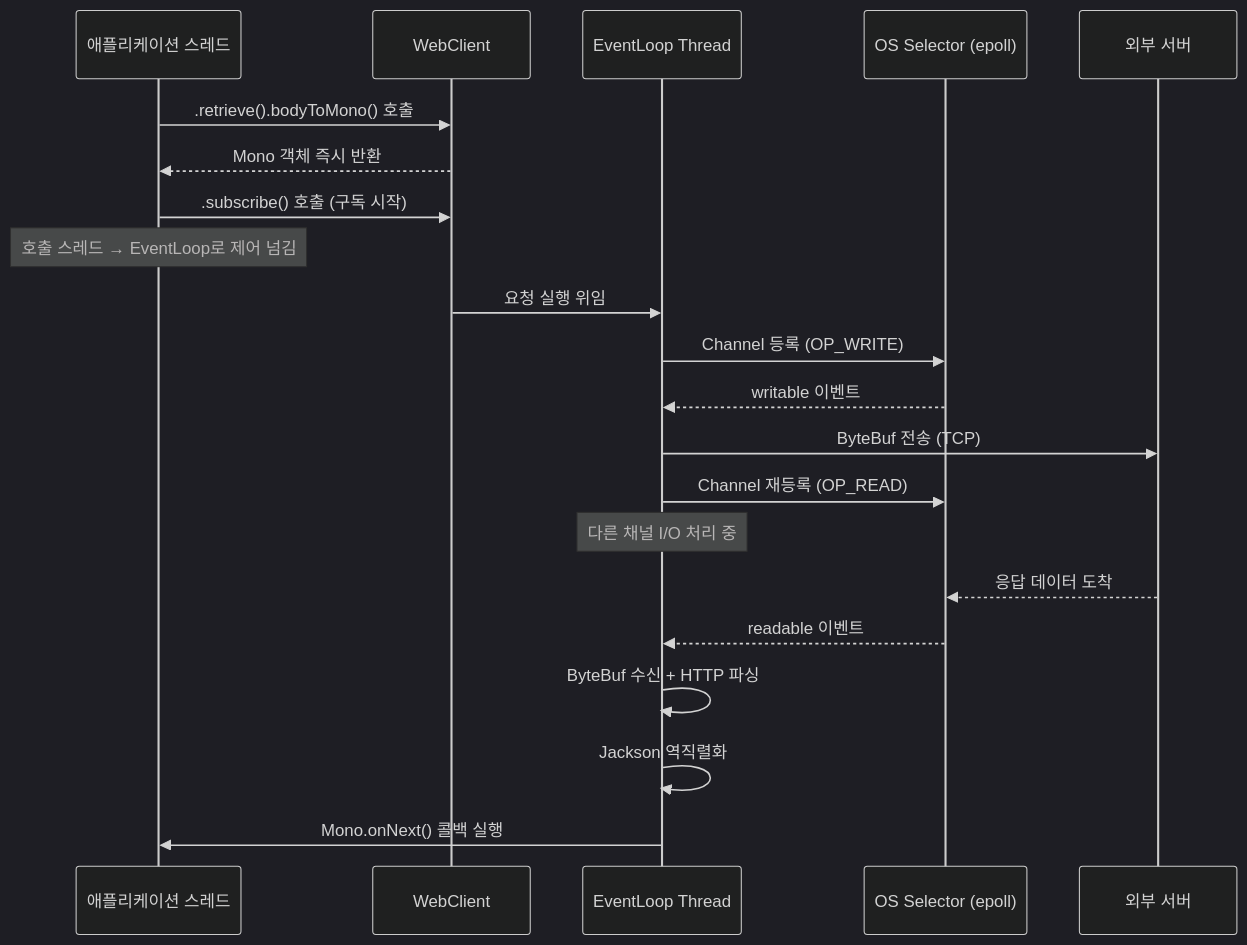
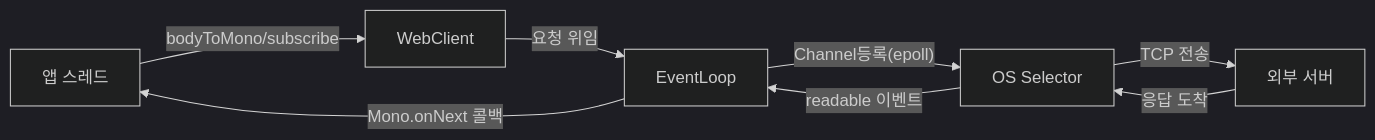
Before and after one commit to yjkim2015/yjkim2015.github.io: the ninth of 10 diagrams in _posts/spring/2026-05-12-webclient-thread-model.md, drawn with Mermaid (dark theme). The commit also changed other lines of this file and 84 other files, not shown here.

First line of the commit message:
85개 포스트 Mermaid 다이어그램 규칙 일괄 수정

````diff
--- a/_posts/spring/2026-05-12-webclient-thread-model.md
+++ b/_posts/spring/2026-05-12-webclient-thread-model.md
@@ -395,24 +340,10 @@
 ```mermaid
-sequenceDiagram
-    participant APP as 애플리케이션 스레드
-    participant WC as WebClient
-    participant EL as EventLoop Thread
-    participant SEL as OS Selector (epoll)
-    participant SRV as 외부 서버
-
-    APP->>WC: .retrieve().bodyToMono() 호출
-    WC-->>APP: Mono 객체 즉시 반환
-    APP->>WC: .subscribe() 호출 (구독 시작)
-    Note over APP: 호출 스레드 → EventLoop로 제어 넘김
-    WC->>EL: 요청 실행 위임
-    EL->>SEL: Channel 등록 (OP_WRITE)
-    SEL-->>EL: writable 이벤트
-    EL->>SRV: ByteBuf 전송 (TCP)
-    EL->>SEL: Channel 재등록 (OP_READ)
-    Note over EL: 다른 채널 I/O 처리 중
-    SRV-->>SEL: 응답 데이터 도착
-    SEL-->>EL: readable 이벤트
-    EL->>EL: ByteBuf 수신 + HTTP 파싱
-    EL->>EL: Jackson 역직렬화
-    EL->>APP: Mono.onNext() 콜백 실행
+graph LR
+    APP["앱 스레드"] -->|"bodyToMono/subscribe"| WC["WebClient"]
+    WC -->|"요청 위임"| EL["EventLoop"]
+    EL -->|"Channel등록(epoll)"| SEL["OS Selector"]
+    SEL -->|"TCP 전송"| SRV["외부 서버"]
+    SRV -->|"응답 도착"| SEL
+    SEL -->|"readable 이벤트"| EL
+    EL -->|"Mono.onNext 콜백"| APP
 ```
````
